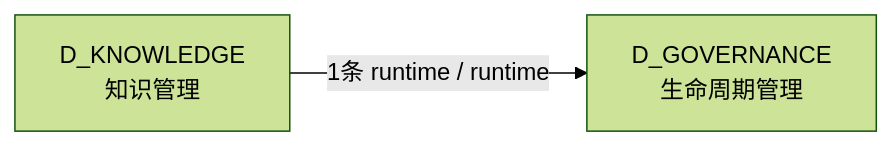
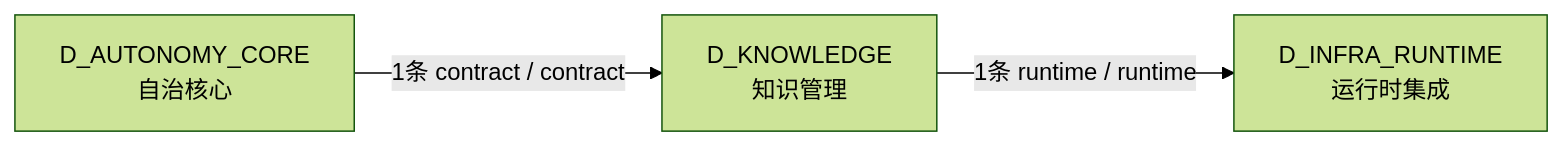
The fourth of 4 diagrams in docs/02_enterprise_architecture/02_domain_architecture_docs/40_d_knowledge.md (xuanFelixVan/ZephyrAlpha), drawn with Mermaid (forest theme) before and after one commit. The commit also changed other lines of this file and 100 other files, not shown here.

````diff
--- a/docs/02_enterprise_architecture/02_domain_architecture_docs/40_d_knowledge.md
+++ b/docs/02_enterprise_architecture/02_domain_architecture_docs/40_d_knowledge.md
@@ -164,6 +170,8 @@
 ```mermaid
 graph LR
     D_KNOWLEDGE["D_KNOWLEDGE<br/>知识管理"]
-    D_GOVERNANCE["D_GOVERNANCE<br/>生命周期管理"]
-    D_KNOWLEDGE -->|1条 runtime / runtime| D_GOVERNANCE
+    D_INFRA_RUNTIME["D_INFRA_RUNTIME<br/>运行时集成"]
+    D_AUTONOMY_CORE["D_AUTONOMY_CORE<br/>自治核心"]
+    D_KNOWLEDGE -->|1条 runtime / runtime| D_INFRA_RUNTIME
+    D_AUTONOMY_CORE -->|1条 contract / contract| D_KNOWLEDGE
 ```
````
